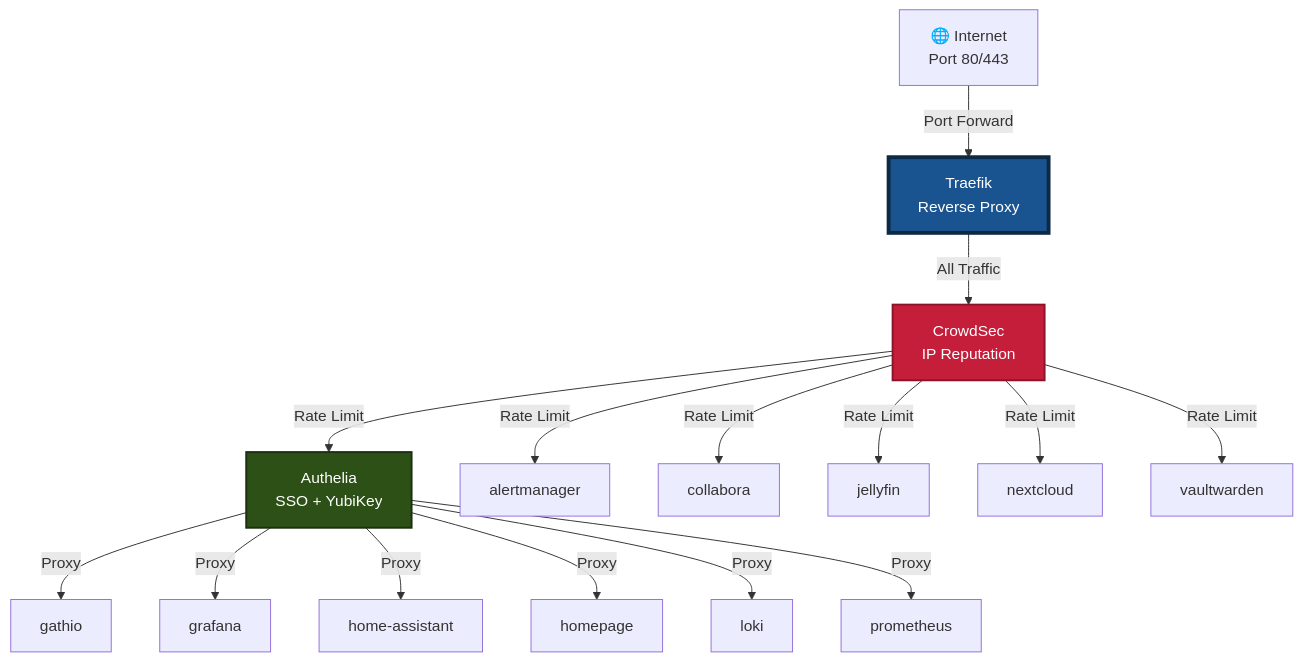
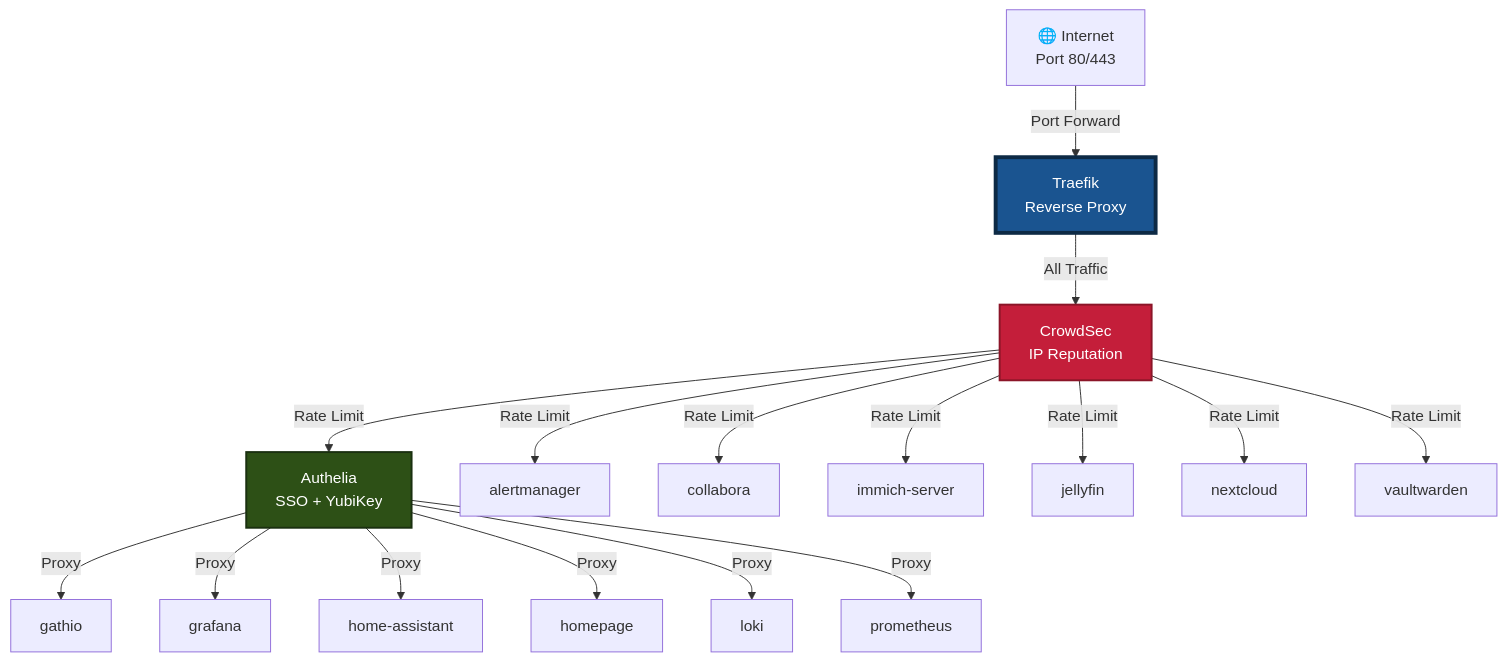
Before and after one commit to vonrobak/fedora-homelab-containers: the first of 3 diagrams in docs/AUTO-NETWORK-TOPOLOGY.md, drawn with Mermaid. The commit also changed other lines of this file and 9 other files, not shown here.

````diff
--- a/docs/AUTO-NETWORK-TOPOLOGY.md
+++ b/docs/AUTO-NETWORK-TOPOLOGY.md
@@ -14,29 +14,30 @@
 ```mermaid
 graph TB
     Internet[🌐 Internet<br/>Port 80/443]
     Internet -->|Port Forward| Traefik[Traefik<br/>Reverse Proxy]
 
     %% All traffic goes through CrowdSec first
     Traefik -->|All Traffic| CrowdSec[CrowdSec<br/>IP Reputation]
 
     %% Services requiring Authelia SSO
     CrowdSec -->|Rate Limit| Authelia[Authelia<br/>SSO + YubiKey]
     Authelia -->|Proxy| gathio[gathio]
     Authelia -->|Proxy| grafana[grafana]
     Authelia -->|Proxy| home_assistant[home-assistant]
     Authelia -->|Proxy| homepage[homepage]
     Authelia -->|Proxy| loki[loki]
     Authelia -->|Proxy| prometheus[prometheus]
 
     %% Services with native authentication (bypass Authelia)
     CrowdSec -->|Rate Limit| alertmanager[alertmanager]
     CrowdSec -->|Rate Limit| collabora[collabora]
+    CrowdSec -->|Rate Limit| immich_server[immich-server]
     CrowdSec -->|Rate Limit| jellyfin[jellyfin]
     CrowdSec -->|Rate Limit| nextcloud[nextcloud]
     CrowdSec -->|Rate Limit| vaultwarden[vaultwarden]
 
     %% Styling
     style Traefik fill:#1a5490,stroke:#0d2a45,stroke-width:4px,color:#fff
     style CrowdSec fill:#c41e3a,stroke:#8b1528,stroke-width:2px,color:#fff
     style Authelia fill:#2d5016,stroke:#1a3010,stroke-width:2px,color:#fff
 ```
````
